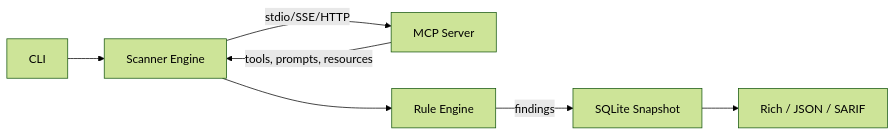
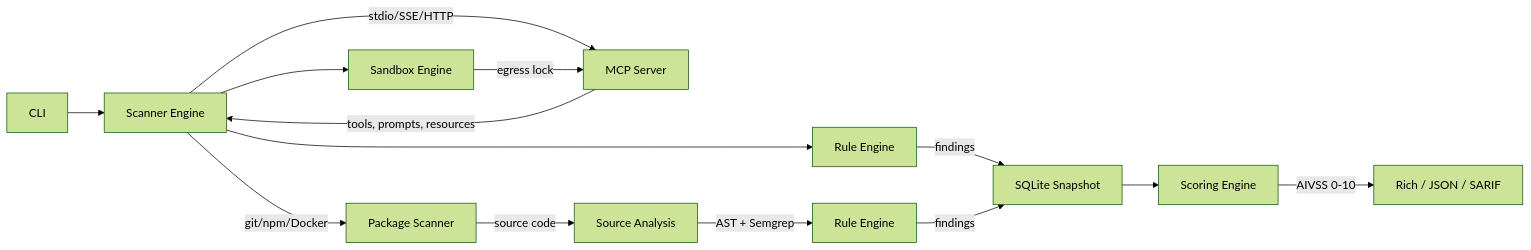
One commit to yatuk/mcpradar changed the diagram in README.md. Above: the diagram before and after it, drawn with Mermaid (forest theme). The commit also changed other lines of this file and 13 other files, not shown here.

First line of the commit message:
docs: add ROADMAP, 12 agent definitions, and updated README

````diff
--- a/README.md
+++ b/README.md
@@ -83,9 +101,16 @@
 ```mermaid
 graph LR
     A[CLI] --> B[Scanner Engine]
     B -->|stdio/SSE/HTTP| C[MCP Server]
+    B -->|git/npm/Docker| P[Package Scanner]
     C -->|tools, prompts, resources| B
+    P -->|source code| S[Source Analysis]
+    S -->|AST + Semgrep| D2[Rule Engine]
     B --> D[Rule Engine]
     D -->|findings| E[SQLite Snapshot]
-    E --> F[Rich / JSON / SARIF]
+    D2 -->|findings| E
+    E --> F[Scoring Engine]
+    F -->|AIVSS 0-10| G[Rich / JSON / SARIF]
+    B --> H[Sandbox Engine]
+    H -->|egress lock| C
 ```
````
